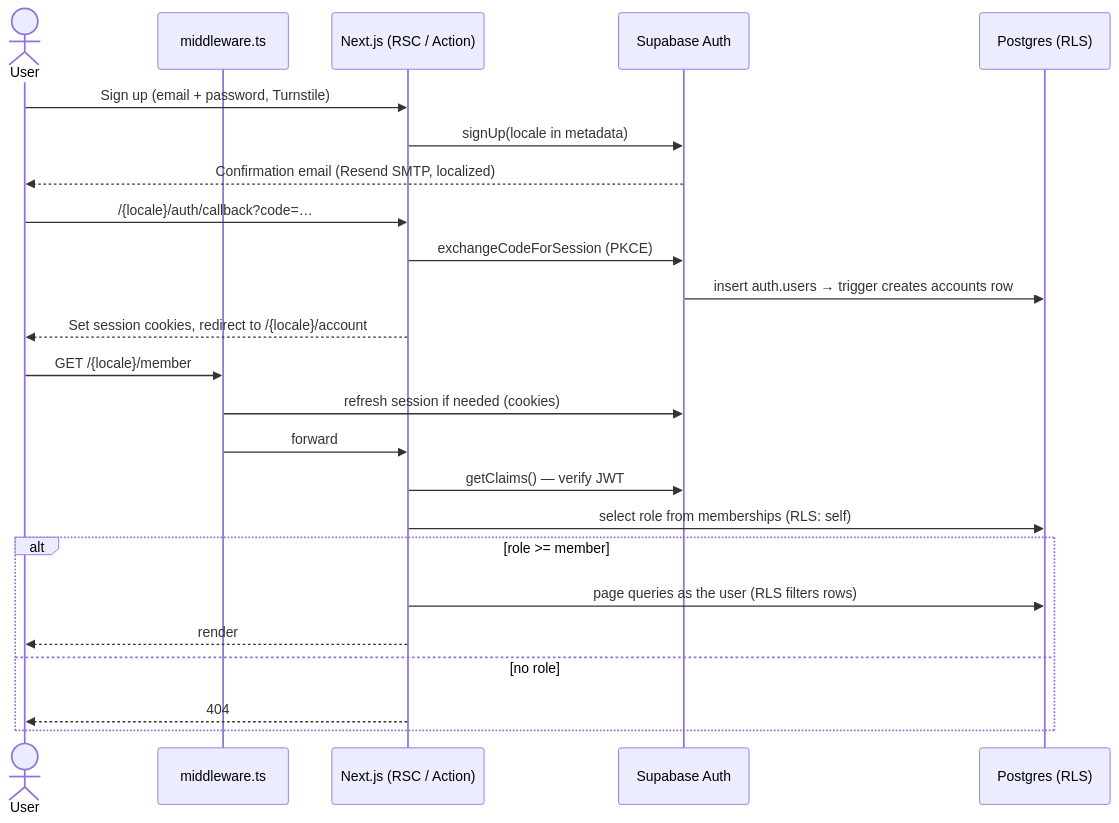
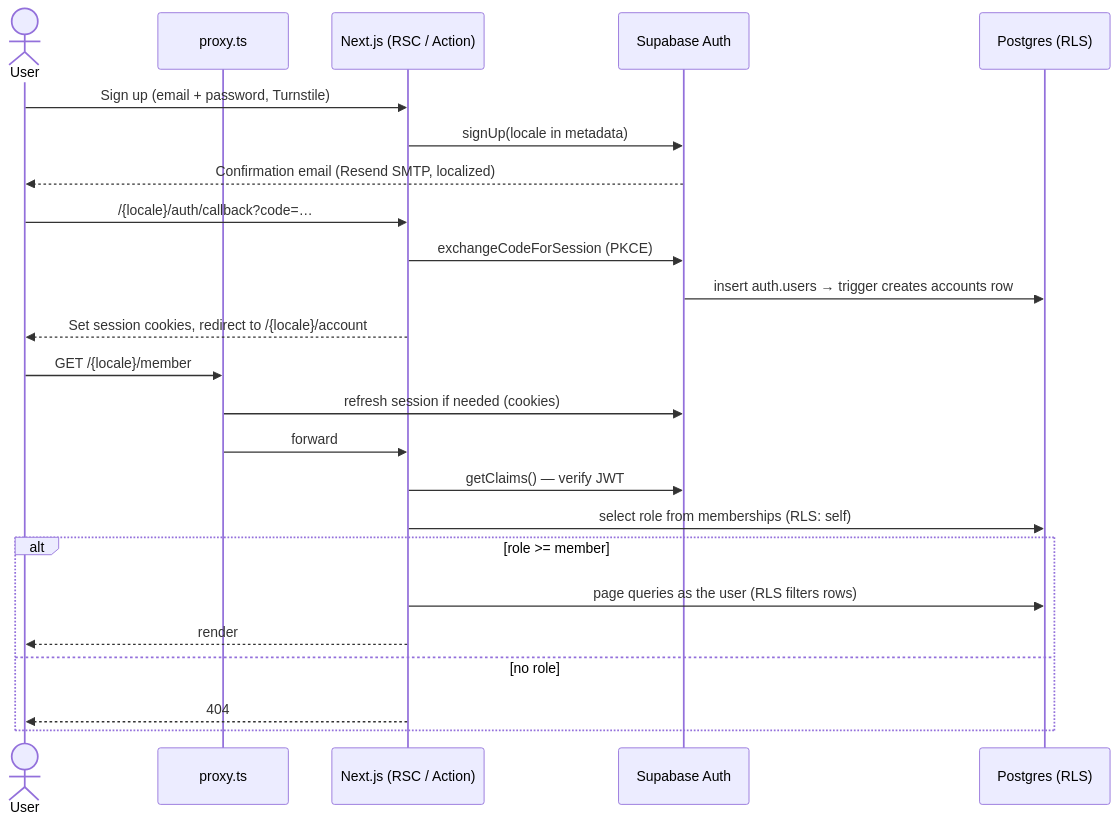
Before and after one commit to AzizLAKHDHAR/ACF-Website: the fourth of 4 diagrams in docs/architecture.md, drawn with Mermaid. The commit also changed other lines of this file and 48 other files, not shown here.

First line of the commit message:
feat: apply the ACF charter, host on Vercel, default to French

````diff
--- a/docs/architecture.md
+++ b/docs/architecture.md
@@ -434,28 +436,28 @@
 ```mermaid
 sequenceDiagram
   actor U as User
-  participant P as middleware.ts
+  participant P as proxy.ts
   participant N as Next.js (RSC / Action)
   participant A as Supabase Auth
   participant DB as Postgres (RLS)
 
   U->>N: Sign up (email + password, Turnstile)
   N->>A: signUp(locale in metadata)
   A-->>U: Confirmation email (Resend SMTP, localized)
   U->>N: /{locale}/auth/callback?code=…
   N->>A: exchangeCodeForSession (PKCE)
   A->>DB: insert auth.users → trigger creates accounts row
   N-->>U: Set session cookies, redirect to /{locale}/account
 
   U->>P: GET /{locale}/member
   P->>A: refresh session if needed (cookies)
   P->>N: forward
   N->>A: getClaims() — verify JWT
   N->>DB: select role from memberships (RLS: self)
   alt role >= member
     N->>DB: page queries as the user (RLS filters rows)
     N-->>U: render
   else no role
     N-->>U: 404
   end
 ```
````
